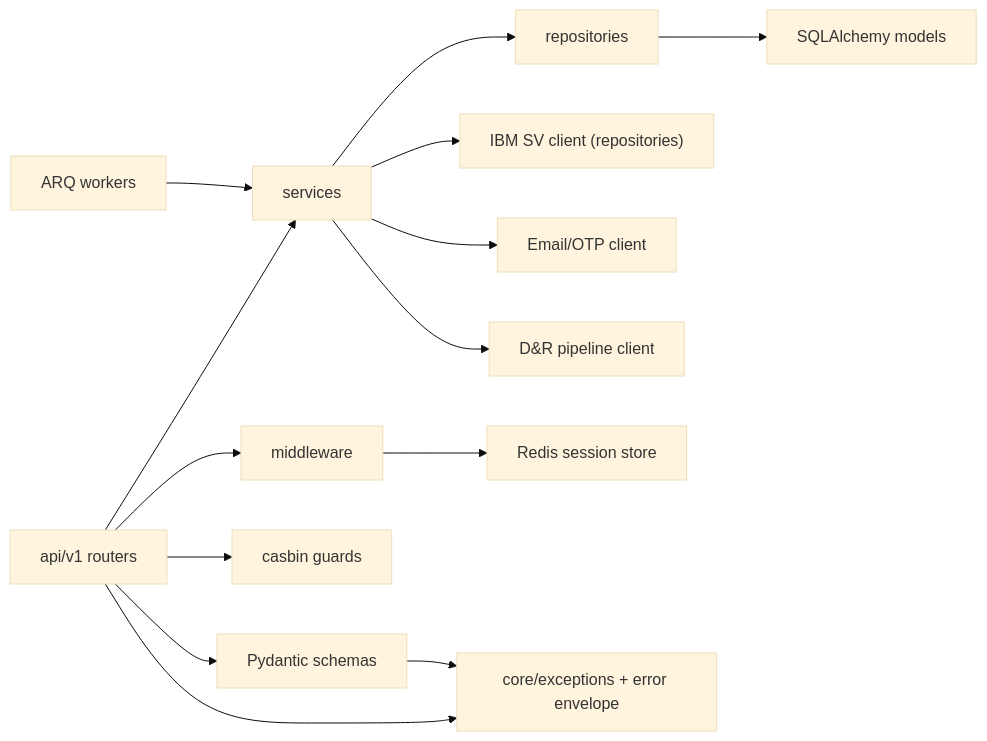
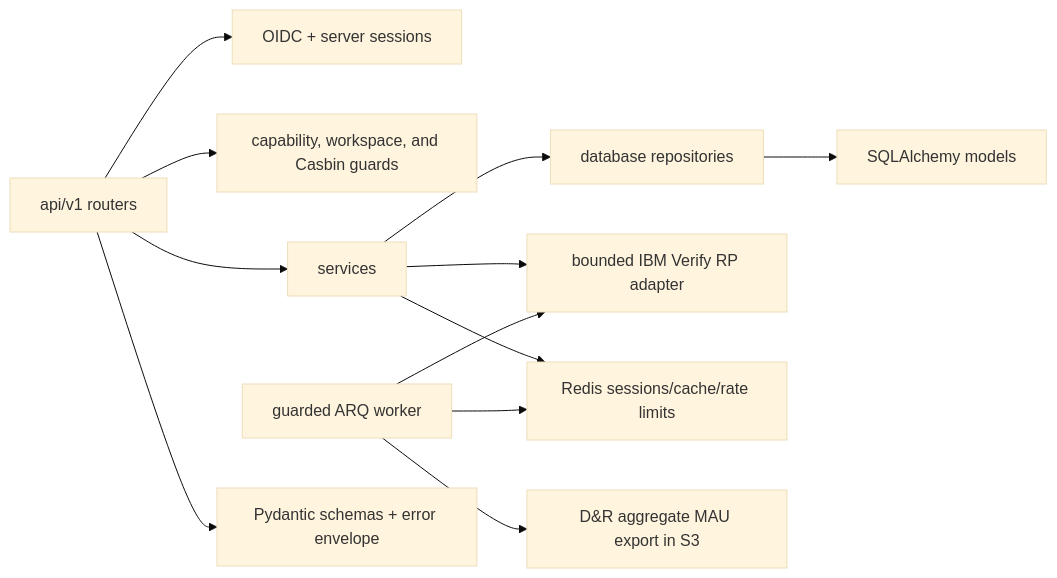
One commit to cds-snc/canadalogin-partner-portal changed the first of 2 diagrams in docs/plans/partner-portal-mvp-dependencies.md. Above: the diagram before and after it, drawn with Mermaid (base theme). The commit also changed other lines of this file and 1343 other files, not shown here.

````diff
--- a/docs/plans/partner-portal-mvp-dependencies.md
+++ b/docs/plans/partner-portal-mvp-dependencies.md
@@ -69,16 +85,14 @@
 ```mermaid
 flowchart LR
-    routers["api/v1 routers"] --> services
-    routers --> middleware
-    routers --> casbin["casbin guards"]
-    services --> repos["repositories"]
-    services --> verify_client["IBM SV client (repositories)"]
-    services --> notify_client["Email/OTP client"]
-    services --> dnr_client["D&R pipeline client"]
+    routers["api/v1 routers"] --> authn["OIDC + server sessions"]
+    routers --> authz["capability, workspace, and Casbin guards"]
+    routers --> services
+    services --> repos["database repositories"]
     repos --> models["SQLAlchemy models"]
-    workers["ARQ workers"] --> services
-    middleware --> sessions["Redis session store"]
-    routers --> schemas["Pydantic schemas"]
-    schemas --> core_exc["core/exceptions + error envelope"]
-    routers --> core_exc
+    services --> verify["bounded IBM Verify RP adapter"]
+    services --> redis["Redis sessions/cache/rate limits"]
+    worker["guarded ARQ worker"] --> verify
+    worker --> s3["D&R aggregate MAU export in S3"]
+    worker --> redis
+    routers --> schemas["Pydantic schemas + error envelope"]
 ```
````
